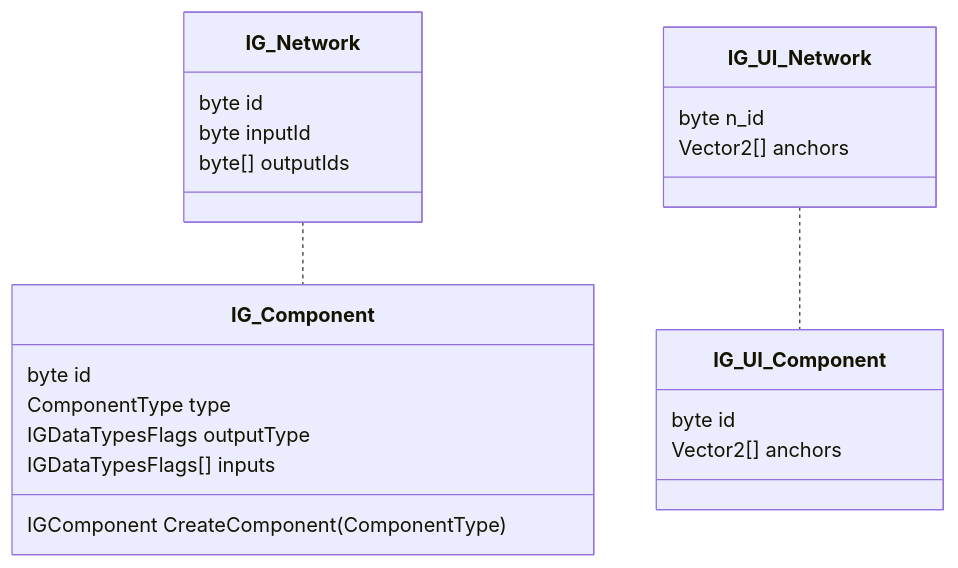
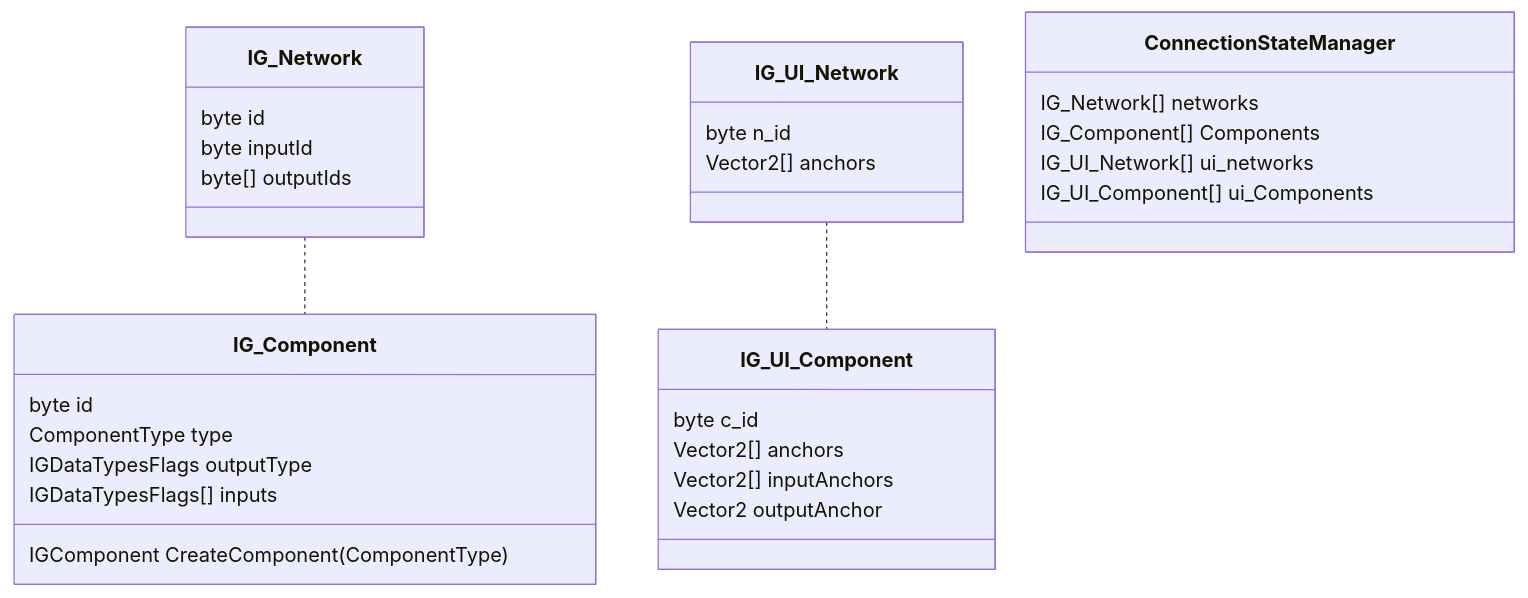
Before and after one commit to buildcomplete/linux-opengl-docker-buildpipeline: the diagram in igenius/docs/classdiagram.md, drawn with Mermaid. The commit also changed 5 other files, not shown here.

````diff
--- a/igenius/docs/classdiagram.md
+++ b/igenius/docs/classdiagram.md
@@ -3,32 +3,43 @@
 ```mermaid
 classDiagram
     class IG_Network {
         byte id
         byte inputId
         byte[] outputIds
     }
     
     class IG_Component {
         byte id
         ComponentType type
         IGDataTypesFlags outputType
         IGDataTypesFlags[] inputs
 
         IGComponent CreateComponent(ComponentType)
     }
 
     class IG_UI_Network {
         byte n_id
         Vector2[] anchors
     }
     
     class IG_UI_Component {
-        byte id
+        byte c_id
         Vector2[] anchors
+        Vector2[] inputAnchors
+        Vector2 outputAnchor
     }
 
     IG_Network .. IG_Component
     IG_UI_Network .. IG_UI_Component
 
+    class ConnectionStateManager {
+        IG_Network[] networks
+        IG_Component[] Components
+        IG_UI_Network[] ui_networks
+        IG_UI_Component[] ui_Components
+        
+    }
+
+
 
 ```
````
